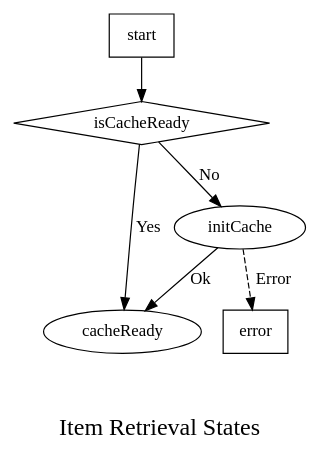
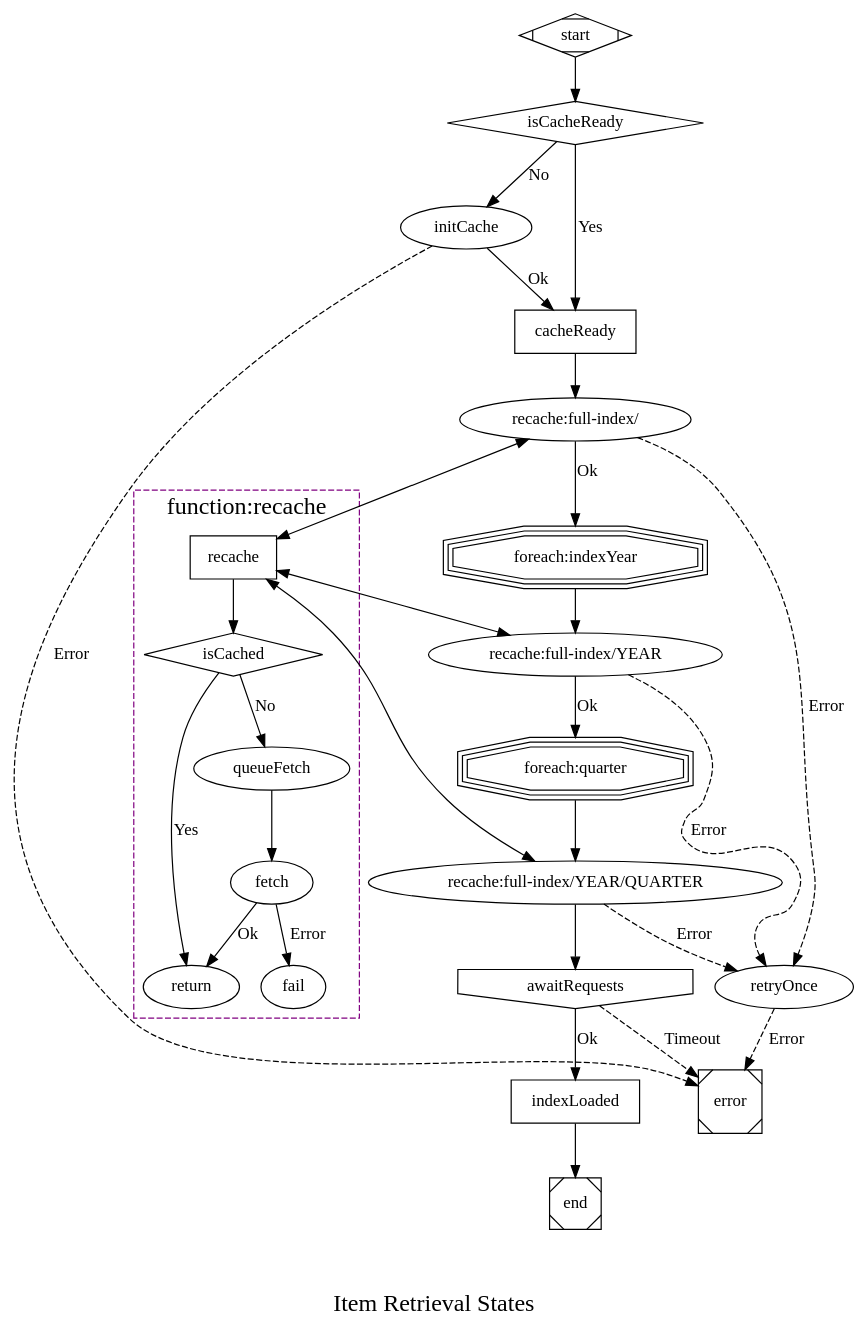
The diagram in docs/states.gv (kangas/usul), drawn with Graphviz before and after one commit.

Commit message:
doc: index retrieval states diagram

```diff
--- a/docs/states.gv
+++ b/docs/states.gv
@@ -1,27 +1,74 @@
 /*
  * This is a GraphViz diagram
  */
 
 digraph states {
 	label="\n\nItem Retrieval States"
 	fontsize=20;
 
-	node [shape=box]; start; error;
+	node [shape=Mdiamond]; start;
+	node [shape=Msquare]; end; error;
+
+	node [shape=box]; cacheReady; indexLoaded;
 	node [shape=diamond]; isCacheReady;
+	// node [shape=parallelogram];
+	node [shape=trapezium]; "foreach:indexYear"; "foreach:quarter";
+	node [shape=invhouse]; "awaitRequests"
 	node [shape=ellipse]; cacheReady; initCache;
 
 	/*
 	 * Is the local object cache ready for use?
 	 */
 	start -> isCacheReady;
+	isCacheReady -> cacheReady [label="Yes",weight=2];
 	isCacheReady -> initCache [label="No"];
-	isCacheReady -> cacheReady [label="Yes"];
 	initCache -> cacheReady [label="Ok"];
-	initCache -> error [label="Error",style=dashed];
+	initCache -> error [label="Error",style=dashed,weight=0];
+
+	subgraph cluster_recache {
+		label = "function:recache";
+		color=purple;
+		style="dashed";
+		rank=min;
+
+		recache [shape=box];
+		isCached [shape=diamond];
+
+		recache -> isCached;
+		isCached -> return [label=Yes];
+		isCached -> queueFetch [label=No];
+		queueFetch -> fetch;
+		fetch -> return [label=Ok];
+		fetch -> fail [label=Error];
+	}
 
 	/*
 	 * Retrieve EDGAR primary index files
 	 */
+	"recache:full-index/";
+	"foreach:indexYear" [shape=tripleoctagon];
+	"foreach:quarter" [shape=tripleoctagon];
+	"recache:full-index/YEAR" [shape=ellipse];
 
+	cacheReady -> "recache:full-index/"
+	"recache:full-index/" -> recache [weight=0.5,dir=both];
+	"recache:full-index/" -> "foreach:indexYear" [label=Ok,weight=10];
+	"recache:full-index/" -> retryOnce [label="Error",style=dashed,weight=0.5];
+	"foreach:indexYear" -> "recache:full-index/YEAR"
 
+	"recache:full-index/YEAR" -> recache [weight=0.5,dir=both];
+	"recache:full-index/YEAR" -> "foreach:quarter" [label=Ok,weight=10];
+	"recache:full-index/YEAR" -> retryOnce [label="Error",style=dashed,weight=0.5];
+	"foreach:quarter" -> "recache:full-index/YEAR/QUARTER";
+
+	"recache:full-index/YEAR/QUARTER";
+	"recache:full-index/YEAR/QUARTER" -> recache [weight=0.5,dir=both];
+	"recache:full-index/YEAR/QUARTER" -> awaitRequests [weight=10];
+	"recache:full-index/YEAR/QUARTER" -> retryOnce [label="Error",style=dashed,weight=0.5];
+	awaitRequests -> indexLoaded [label=Ok];
+	awaitRequests -> error [label="Timeout",style=dashed,weight=0];
+
+	retryOnce -> error [label="Error",style=dashed,weight=0];
+
+	indexLoaded -> end;
 }
```
